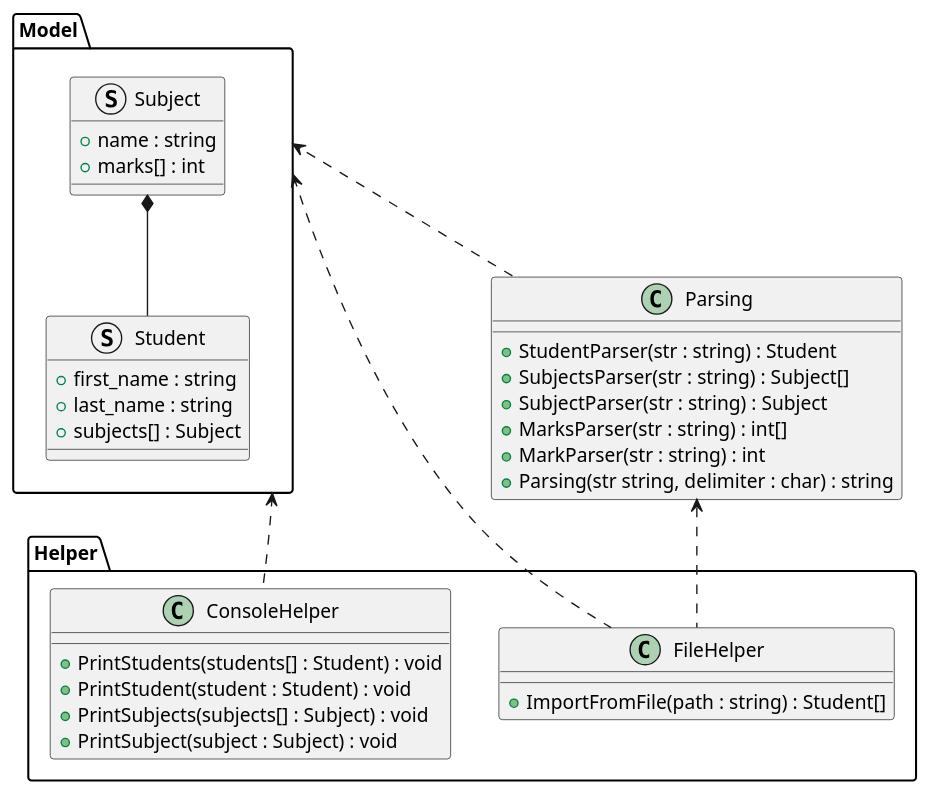
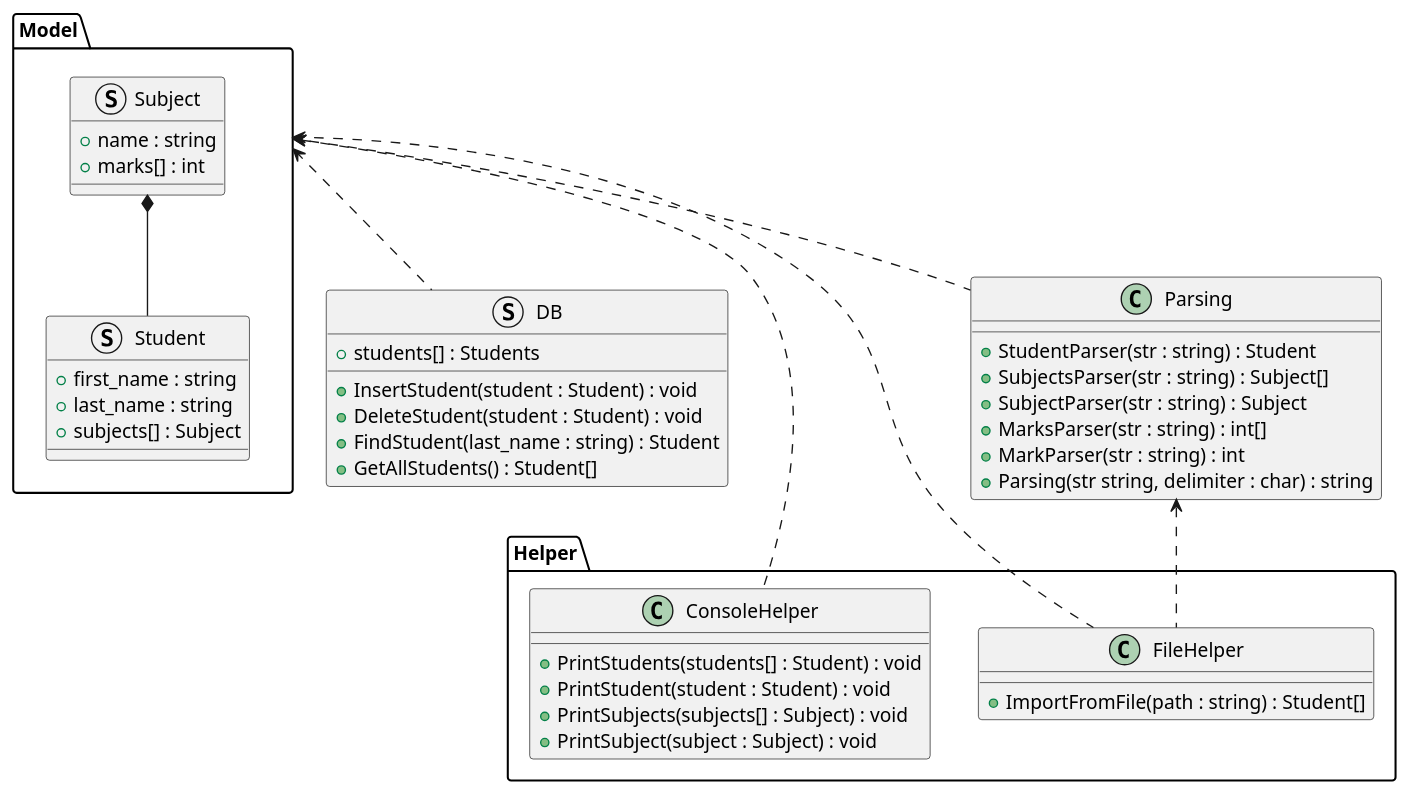
One commit to it-top-shambala/students_db changed the diagram in struct_diagram.puml. Above: the diagram before and after it, drawn with PlantUML. The commit also changed 9 other files, not shown here.

```diff
--- a/struct_diagram.puml
+++ b/struct_diagram.puml
@@ -1,39 +1,48 @@
 @startuml
 'https://plantuml.com/class-diagram
 
 struct Model.Subject {
     + name : string
     + marks[] : int
 }
 struct Model.Student {
 + first_name : string
 + last_name : string
 + subjects[] : Subject
 }
 Model.Subject *-- Student
 
 class Helper.ConsoleHelper {
 + PrintStudents(students[] : Student) : void
 + PrintStudent(student : Student) : void
 + PrintSubjects(subjects[] : Subject) : void
 + PrintSubject(subject : Subject) : void
 }
 Model <.. Helper.ConsoleHelper
 
 class Helper.FileHelper {
 + ImportFromFile(path : string) : Student[]
 }
 Model <.. Helper.FileHelper
 Parsing <.. Helper.FileHelper
 
 class Parsing {
 + StudentParser(str : string) : Student
 + SubjectsParser(str : string) : Subject[]
 + SubjectParser(str : string) : Subject
 + MarksParser(str : string) : int[]
 + MarkParser(str : string) : int
 + Parsing(str string, delimiter : char) : string
 }
 Model <.. Parsing
 
+struct DB {
++ students[] : Students
++ InsertStudent(student : Student) : void
++ DeleteStudent(student : Student) : void
++ FindStudent(last_name : string) : Student
++ GetAllStudents() : Student[]
+}
+Model <.. DB
+
 @enduml
```
